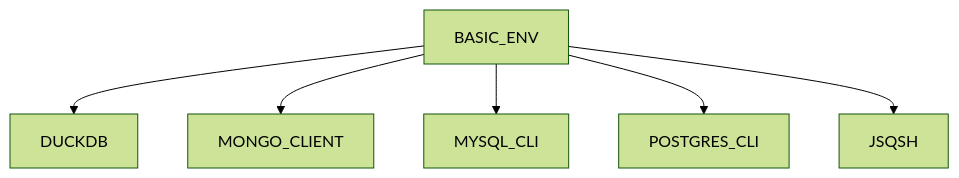
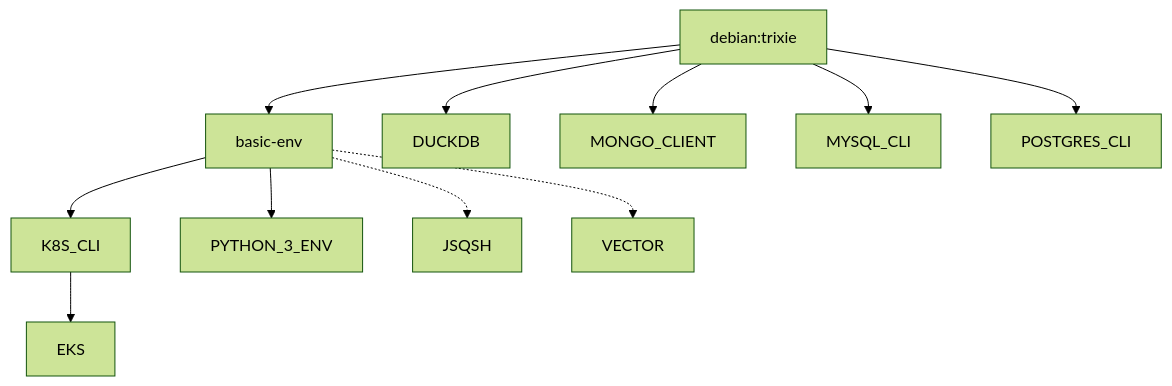
Before and after one commit to ronkitay/docker-images: the diagram in README.md, drawn with Mermaid (forest theme). The commit also changed other lines of this file and 18 other files, not shown here.

First line of the commit message:
maintenance: document architecture and drop asdf-covered images

````diff
--- a/README.md
+++ b/README.md
@@ -22,8 +9,18 @@
 ```mermaid
 graph TD
-  BASIC_ENV --> DUCKDB
-  BASIC_ENV --> MONGO_CLIENT
-  BASIC_ENV --> MYSQL_CLI
-  BASIC_ENV --> POSTGRES_CLI
-  BASIC_ENV --> JSQSH
+  DEBIAN["debian:trixie"]
+
+  DEBIAN --> BASIC_ENV["basic-env"]
+  DEBIAN --> DUCKDB
+  DEBIAN --> MONGO_CLIENT
+  DEBIAN --> MYSQL_CLI
+  DEBIAN --> POSTGRES_CLI
+
+  BASIC_ENV --> K8S_CLI
+  BASIC_ENV --> PYTHON_3_ENV
+
+  K8S_CLI --> EKS
+
+  BASIC_ENV -.-> JSQSH
+  BASIC_ENV -.-> VECTOR
 ```
````
